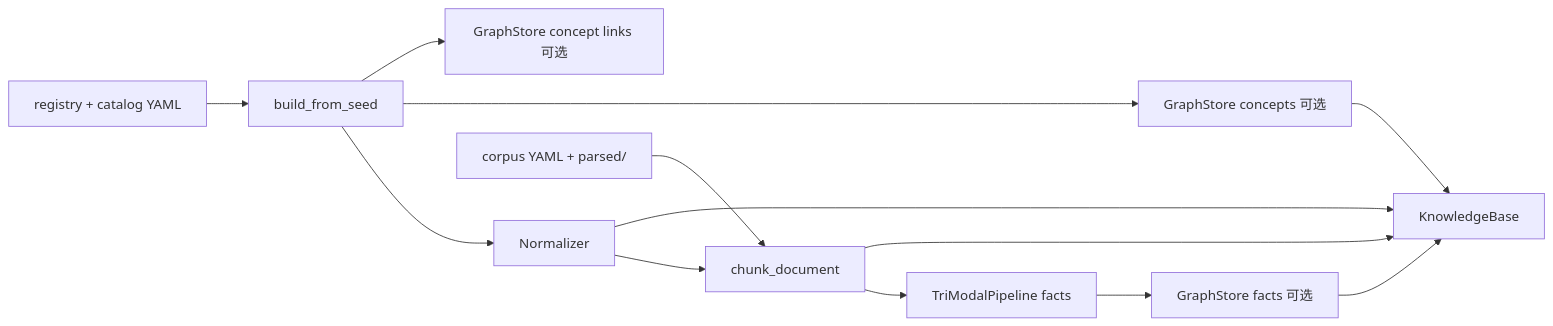
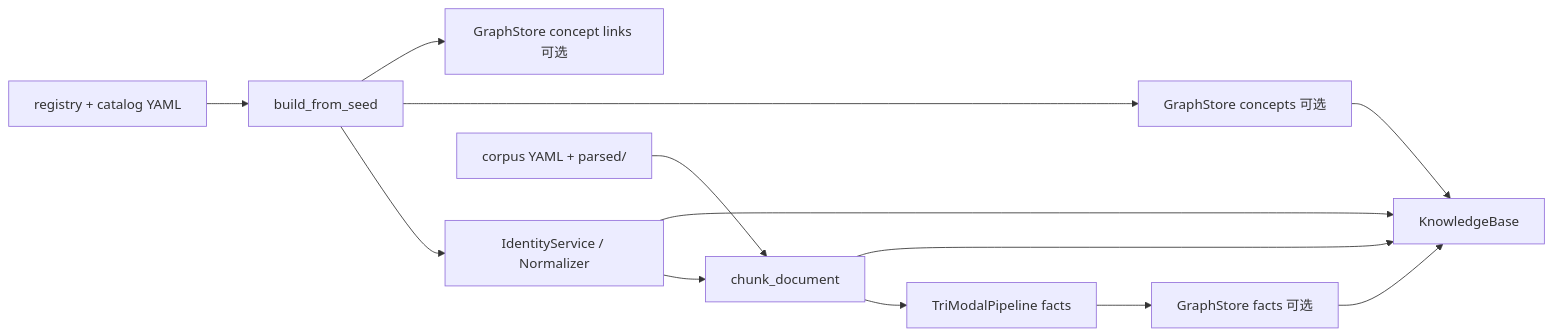
The diagram in docs/architecture/pipeline.md (zhiweio/biomed-ontology), drawn with Mermaid before and after one commit. The commit also changed other lines of this file and 124 other files, not shown here.

First line of the commit message:
feat: land workspace, IdentityService, IngestQA, and handbook rewrite

````diff
--- a/docs/architecture/pipeline.md
+++ b/docs/architecture/pipeline.md
@@ -40,15 +35,15 @@
 ```mermaid
 flowchart LR
   R[registry + catalog YAML] --> B[build_from_seed]
-  B --> N[Normalizer]
+  B --> I[IdentityService / Normalizer]
   B --> G[GraphStore concepts 可选]
   B --> L[GraphStore concept links 可选]
   C[corpus YAML + parsed/] --> CH[chunk_document]
-  N --> CH
+  I --> CH
   CH --> F[TriModalPipeline facts]
   F --> G2[GraphStore facts 可选]
-  N --> KB[KnowledgeBase]
+  I --> KB[KnowledgeBase]
   CH --> KB
   G --> KB
   G2 --> KB
 ```
````
